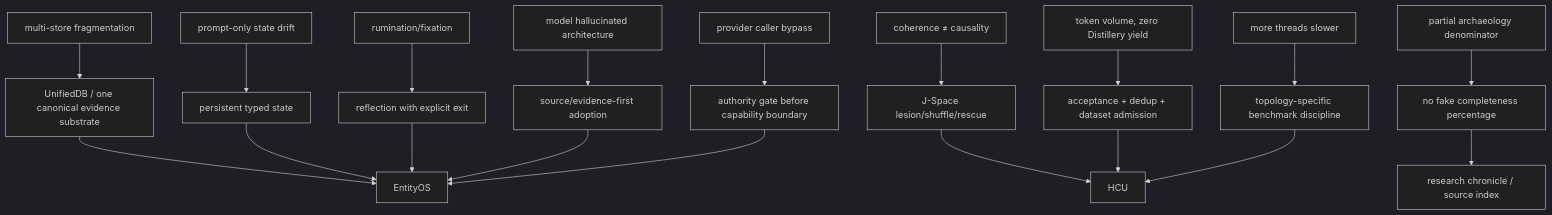
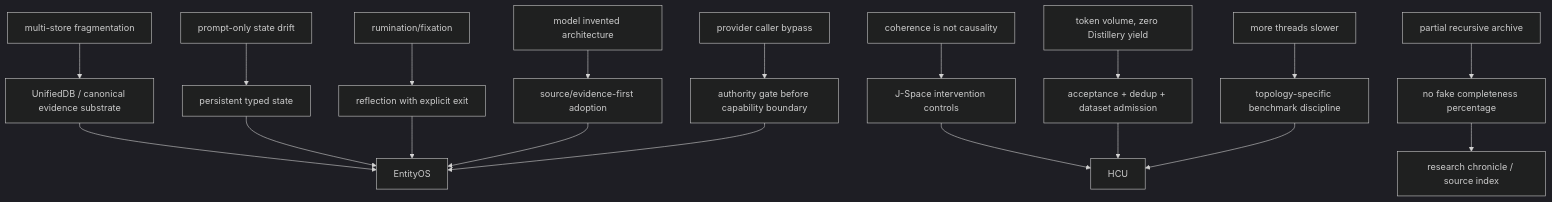
The diagram in DEV_SOURCE_RESEARCH/repository/FRANKENSTEIN_RESEARCH_CHRONICLE.md (gschaidergabriel/Cognitive-devmachine), drawn with Mermaid (dark theme) before and after one commit. The commit also changed other lines of this file, not shown here.

Commit message:
trigger3: correct Frankenstein chronicle with exact v0.8 release evidence

````diff
--- a/DEV_SOURCE_RESEARCH/repository/FRANKENSTEIN_RESEARCH_CHRONICLE.md
+++ b/DEV_SOURCE_RESEARCH/repository/FRANKENSTEIN_RESEARCH_CHRONICLE.md
@@ -342,21 +411,21 @@
 ```mermaid
 flowchart TD
-    F1[multi-store fragmentation] --> U[UnifiedDB / one canonical evidence substrate]
+    F1[multi-store fragmentation] --> U[UnifiedDB / canonical evidence substrate]
     F2[prompt-only state drift] --> S[persistent typed state]
     F3[rumination/fixation] --> R[reflection with explicit exit]
-    F4[model hallucinated architecture] --> E[source/evidence-first adoption]
-    F5[coherence ≠ causality] --> J[J-Space lesion/shuffle/rescue]
+    F4[model invented architecture] --> E[source/evidence-first adoption]
+    F5[coherence is not causality] --> J[J-Space intervention controls]
     F6[provider caller bypass] --> G[authority gate before capability boundary]
     F7[token volume, zero Distillery yield] --> D[acceptance + dedup + dataset admission]
     F8[more threads slower] --> B[topology-specific benchmark discipline]
-    F9[partial archaeology denominator] --> C[no fake completeness percentage]
+    F9[partial recursive archive] --> C[no fake completeness percentage]
     U --> EO[EntityOS]
     S --> EO
     R --> EO
     E --> EO
     J --> H[HCU]
     G --> EO
     D --> H
     B --> H
     C --> K[research chronicle / source index]
 ```
````
